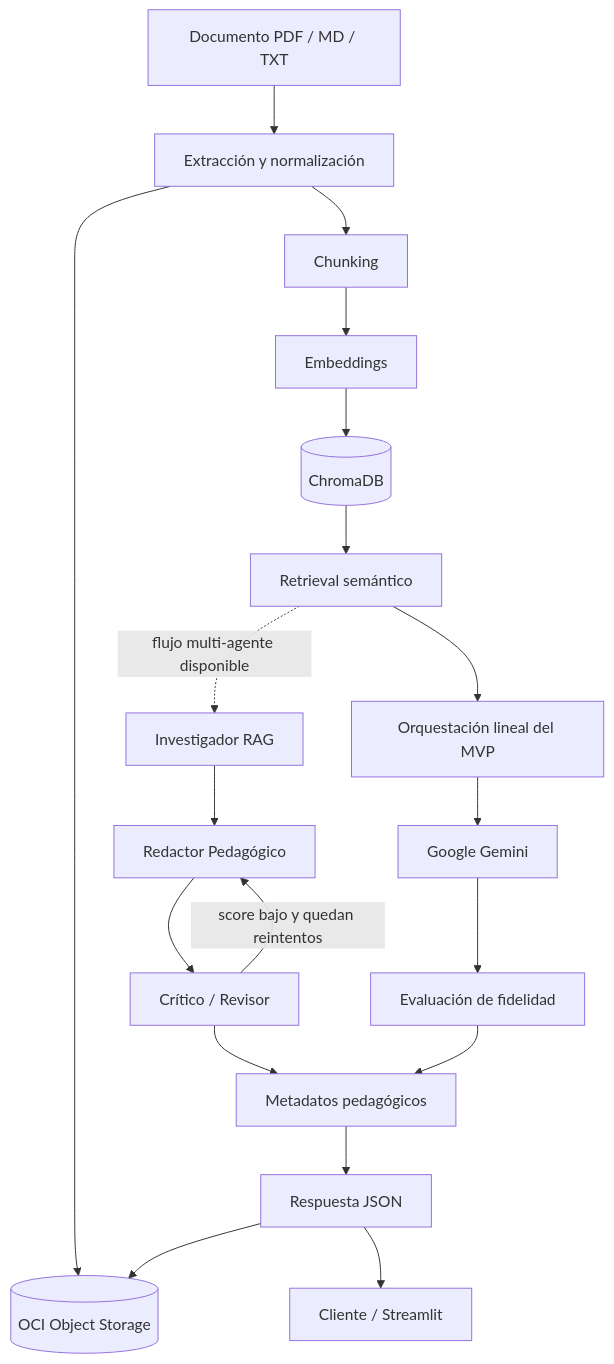
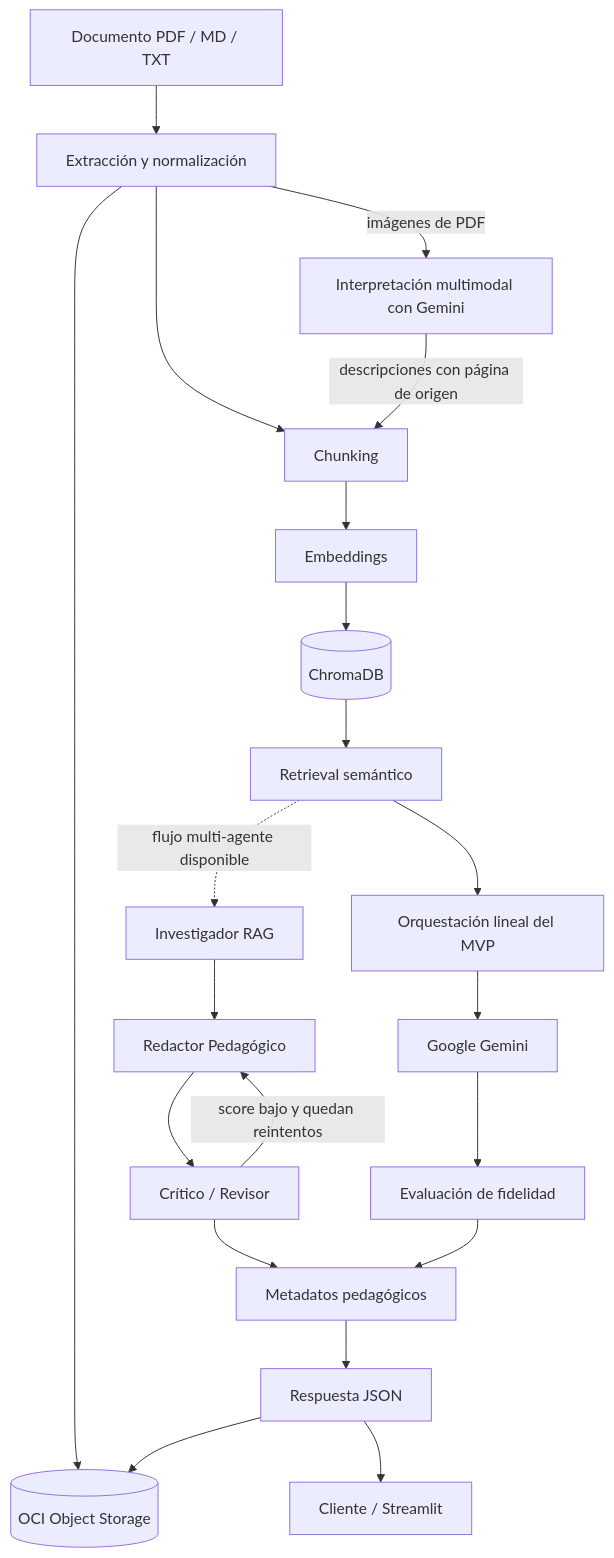
The diagram in README.md (No-Country-simulation/nuevamente-g10-latam-equipo21), drawn with Mermaid before and after one commit. The commit also changed other lines of this file and 5 other files, not shown here.

````diff
--- a/README.md
+++ b/README.md
@@ -37,21 +40,23 @@
 ```mermaid
 flowchart TD
     A[Documento PDF / MD / TXT] --> B[Extracción y normalización]
     B --> C[Chunking]
+    B -- imágenes de PDF --> V[Interpretación multimodal con Gemini]
+    V -- descripciones con página de origen --> C
     C --> D[Embeddings]
     D --> E[(ChromaDB)]
     E --> F[Retrieval semántico]
     F --> G[Orquestación lineal del MVP]
     G --> H[Google Gemini]
     H --> I[Evaluación de fidelidad]
     F -. flujo multi-agente disponible .-> N1[Investigador RAG]
     N1 --> N2[Redactor Pedagógico]
     N2 --> N3[Crítico / Revisor]
     N3 -- score bajo y quedan reintentos --> N2
     N3 --> J
     I --> J[Metadatos pedagógicos]
     J --> K[Respuesta JSON]
     B --> L[(OCI Object Storage)]
     K --> L
     K --> M[Cliente / Streamlit]
 ```
````
